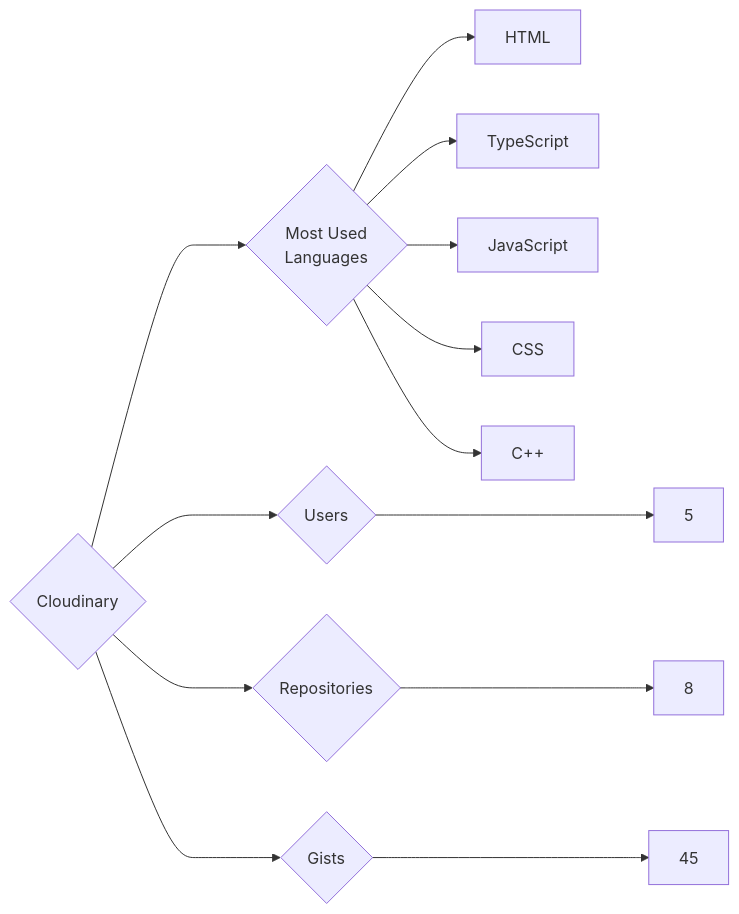
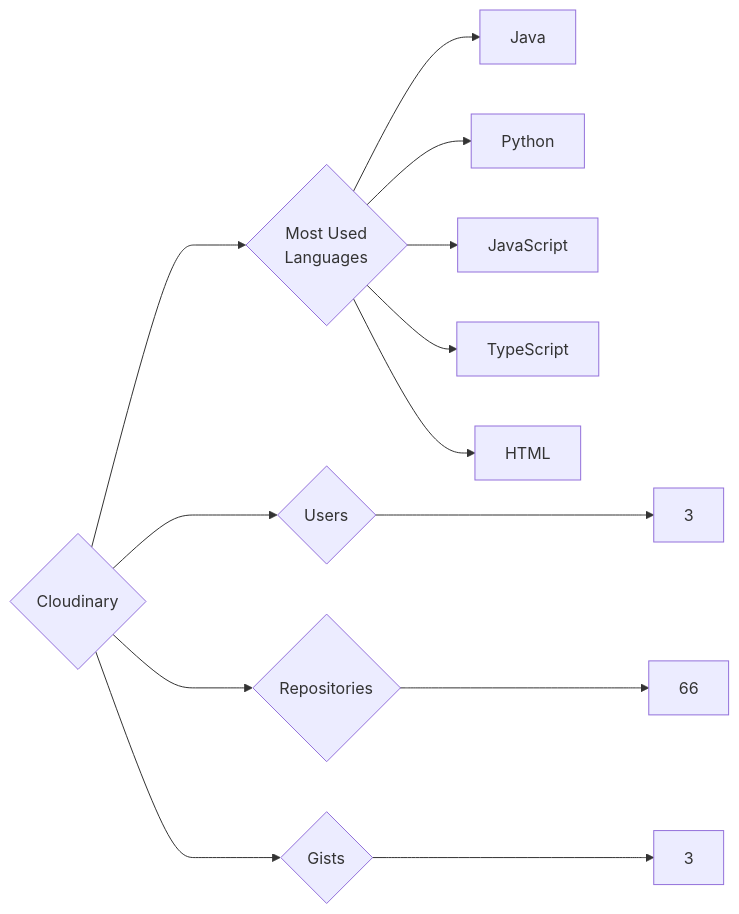
Before and after one commit to trickest/insiders: the diagram in targets/Cloudinary/README.md, drawn with Mermaid. The commit also changed 988 other files, not shown here.

````diff
--- a/targets/Cloudinary/README.md
+++ b/targets/Cloudinary/README.md
@@ -3,13 +3,13 @@
 ```mermaid
 graph LR
 COMPANY_NAME{Cloudinary}
-COMPANY_NAME ---> U{Users} ---> UN[5]
-COMPANY_NAME ---> R{Repositories} ---> RN[8]
-COMPANY_NAME ---> G{Gists} ---> GN[45]
+COMPANY_NAME ---> U{Users} ---> UN[3]
+COMPANY_NAME ---> R{Repositories} ---> RN[66]
+COMPANY_NAME ---> G{Gists} ---> GN[3]
 COMPANY_NAME ---> ML{Most Used<br>Languages}
+ML --> Java[Java]
+ML --> Python[Python]
+ML --> JavaScript[JavaScript]
+ML --> TypeScript[TypeScript]
 ML --> HTML[HTML]
-ML --> TypeScript[TypeScript]
-ML --> JavaScript[JavaScript]
-ML --> CSS[CSS]
-ML --> C++[C++]
 ```
````
